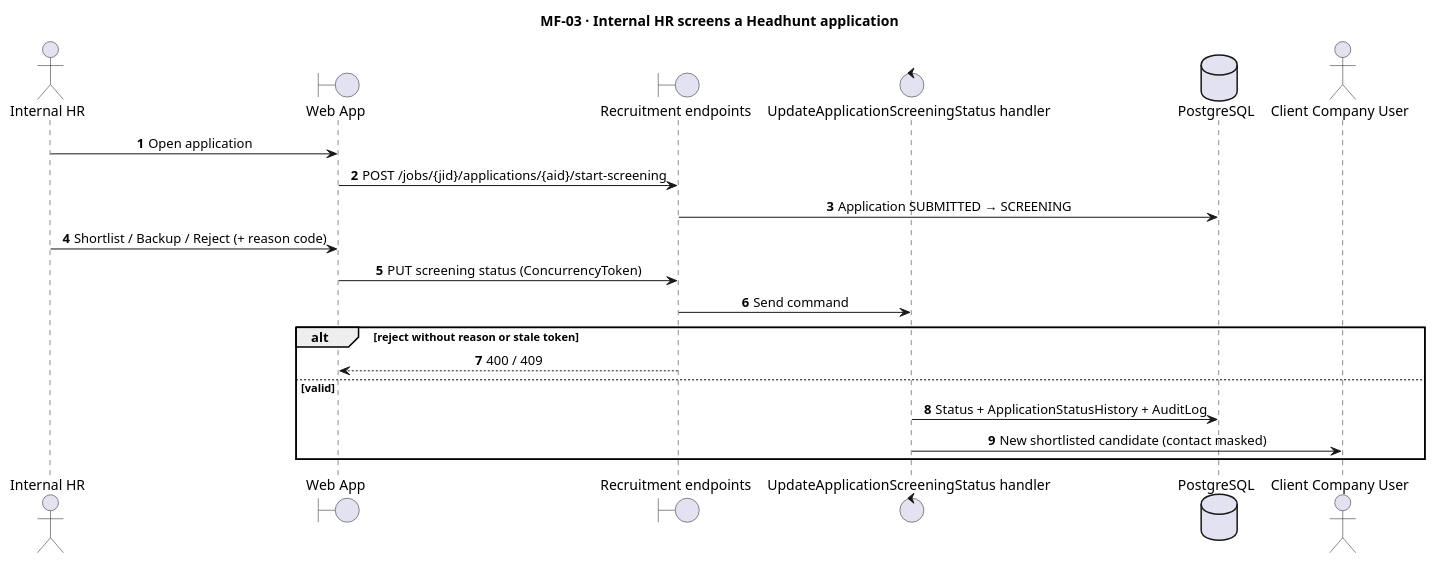
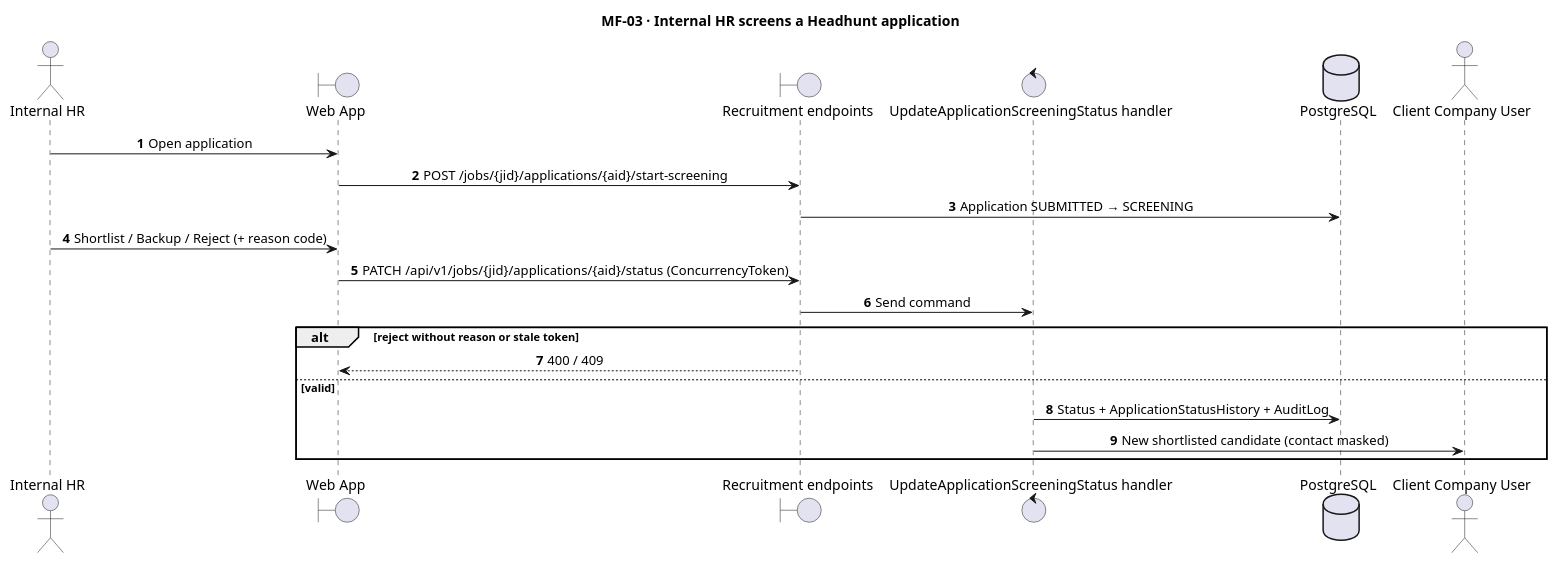
The diagram in docs/diagrams/sequences/source/seq-mf03-hr-screening.puml (hoangqui794/hr-connect), drawn with PlantUML before and after one commit. The commit also changed 34 other files, not shown here.

Commit message:
docs(diagrams): add candidate self-apply sequence and fix endpoint paths in MF-01..MF-04 sequences

```diff
--- a/docs/diagrams/sequences/source/seq-mf03-hr-screening.puml
+++ b/docs/diagrams/sequences/source/seq-mf03-hr-screening.puml
@@ -1,23 +1,23 @@
 @startuml seq-mf03-hr-screening
 autonumber
 skinparam sequenceMessageAlign center
 title MF-03 · Internal HR screens a Headhunt application
 actor "Internal HR" as HR
 boundary "Web App" as FE
 boundary "Recruitment endpoints" as API
 control "UpdateApplicationScreeningStatus handler" as H
 database "PostgreSQL" as DB
 actor "Client Company User" as CL
 HR -> FE : Open application
 FE -> API : POST /jobs/{jid}/applications/{aid}/start-screening
 API -> DB : Application SUBMITTED → SCREENING
 HR -> FE : Shortlist / Backup / Reject (+ reason code)
-FE -> API : PUT screening status (ConcurrencyToken)
+FE -> API : PATCH /api/v1/jobs/{jid}/applications/{aid}/status (ConcurrencyToken)
 API -> H : Send command
 alt reject without reason or stale token
 API --> FE : 400 / 409
 else valid
 H -> DB : Status + ApplicationStatusHistory + AuditLog
 H -> CL : New shortlisted candidate (contact masked)
 end
 @enduml
```
